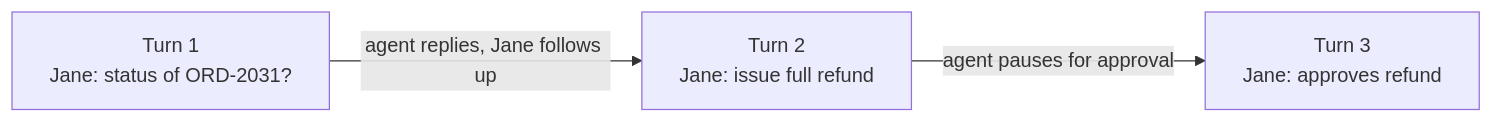
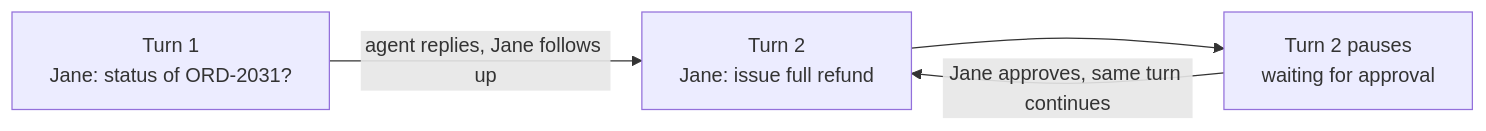
One commit to truefoundry/trueforge changed the first of 2 diagrams in docs/api/overview.mdx. Above: the diagram before and after it, drawn with Mermaid. The commit also changed other lines of this file and 5 other files, not shown here.

````diff
--- a/docs/api/overview.mdx
+++ b/docs/api/overview.mdx
@@ -91,8 +85,9 @@
 ```mermaid
 flowchart LR
   T1["Turn 1<br/>Jane: status of ORD-2031?"]
   T2["Turn 2<br/>Jane: issue full refund"]
-  T3["Turn 3<br/>Jane: approves refund"]
+  P["Turn 2 pauses<br/>waiting for approval"]
   T1 -->|"agent replies, Jane follows up"| T2
-  T2 -->|"agent pauses for approval"| T3
+  T2 --> P
+  P -->|"Jane approves, same turn continues"| T2
 ```
````
